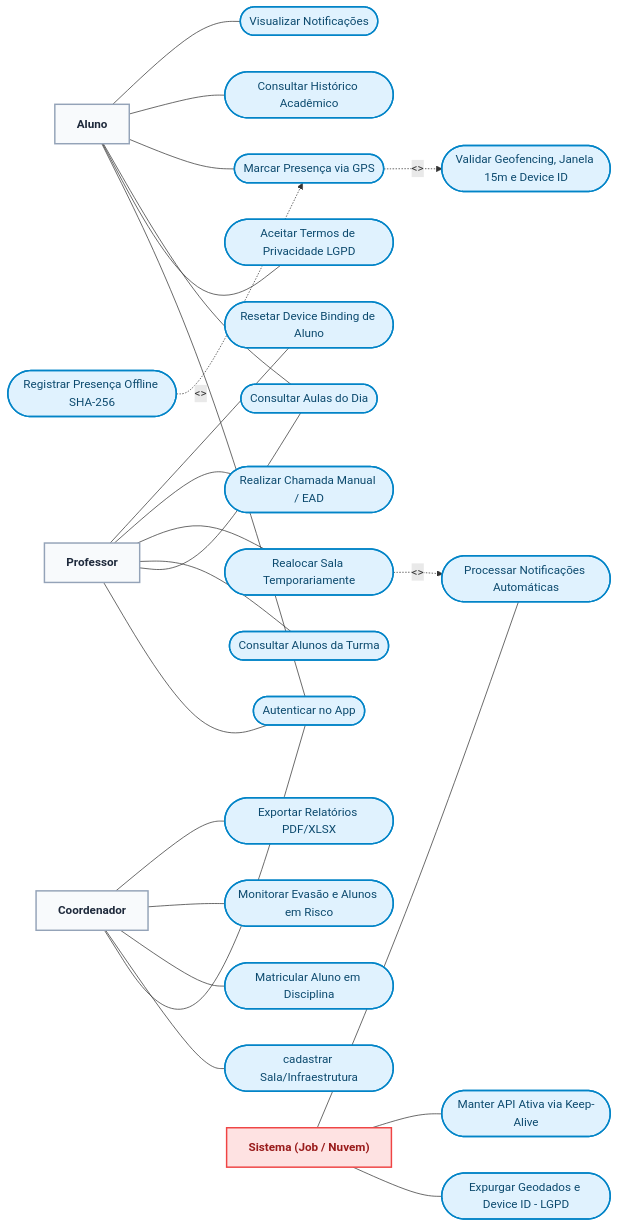
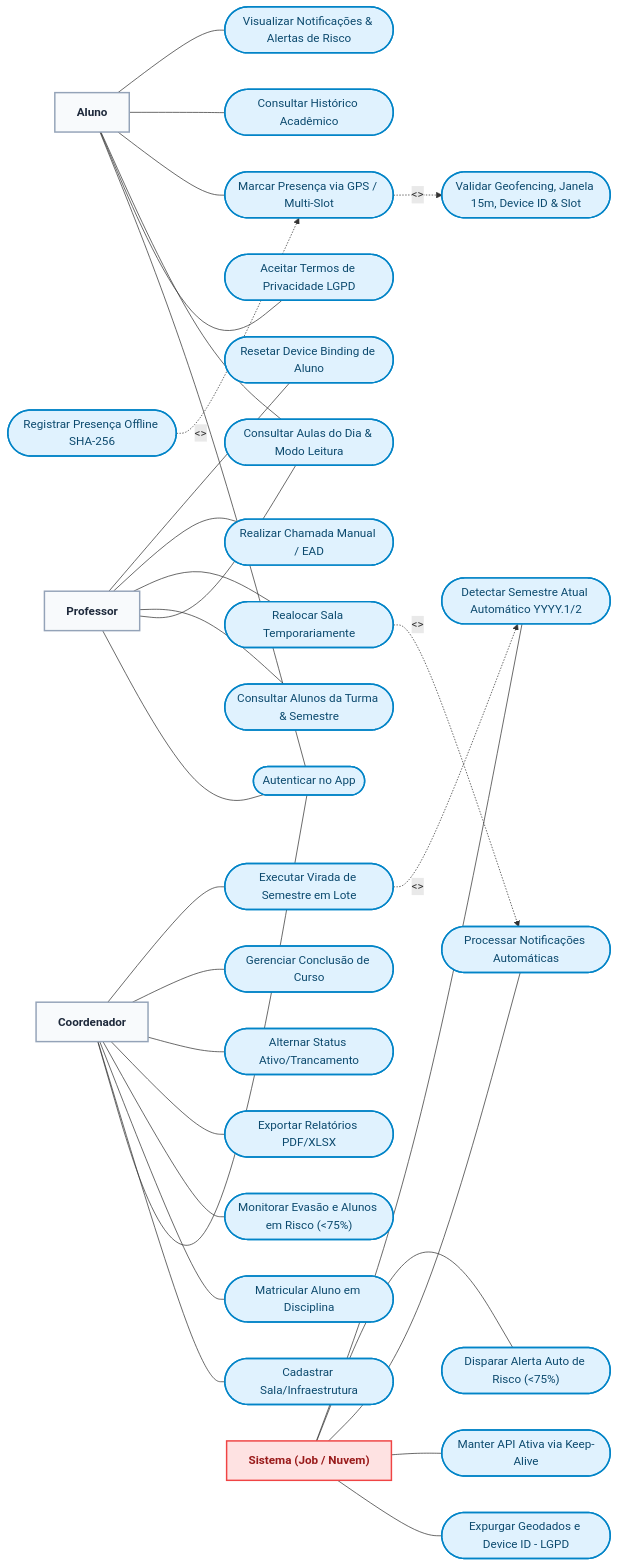
The diagram in documentacao/diagramas/casos_de_uso.md (caneschi-lais/geoclass), drawn with Mermaid before and after one commit. The commit also changed other lines of this file and 23 other files, not shown here.

Commit message:
feat: add support for academic semesters, multi-course tracking, and slot-based attendance

````diff
--- a/documentacao/diagramas/casos_de_uso.md
+++ b/documentacao/diagramas/casos_de_uso.md
@@ -11,41 +11,47 @@
 ```mermaid
 ---
 config:
   layout: fixed
 ---
 flowchart LR
-    Aluno["Aluno"] --- Login(["Autenticar no App"]) & AceitarLGPD(["Aceitar Termos de Privacidade LGPD"]) & ViewTurmas(["Consultar Aulas do Dia"]) & RegistrarPonto(["Marcar Presença via GPS"]) & ViewHistorico(["Consultar Histórico Acadêmico"]) & ViewNotif(["Visualizar Notificações"])
-    Prof["Professor"] --- Login & ViewTurmas & ViewAlunosTurma(["Consultar Alunos da Turma"]) & RealocarSala(["Realocar Sala Temporariamente"]) & ChamadaManual(["Realizar Chamada Manual / EAD"]) & ResetDevice(["Resetar Device Binding de Aluno"])
-    Coord["Coordenador"] --- Login & CadastrarSala(["cadastrar Sala/Infraestrutura"]) & MatricularAluno(["Matricular Aluno em Disciplina"]) & ViewDashboardRisk(["Monitorar Evasão e Alunos em Risco"]) & GerarRelatorio(["Exportar Relatórios PDF/XLSX"])
-    Sistema["Sistema (Job / Nuvem)"] --- Expurgo(["Expurgar Geodados e Device ID - LGPD"]) & KeepAlive(["Manter API Ativa via Keep-Alive"]) & NotifJob(["Processar Notificações Automáticas"])
-    RegistrarPonto -. &lt;&gt; .-> ValidarAntiFraude(["Validar Geofencing, Janela 15m e Device ID"])
+    Aluno["Aluno"] --- Login(["Autenticar no App"]) & AceitarLGPD(["Aceitar Termos de Privacidade LGPD"]) & ViewTurmas(["Consultar Aulas do Dia & Modo Leitura"]) & RegistrarPonto(["Marcar Presença via GPS / Multi-Slot"]) & ViewHistorico(["Consultar Histórico Acadêmico"]) & ViewNotif(["Visualizar Notificações & Alertas de Risco"])
+    Prof["Professor"] --- Login & ViewTurmas & ViewAlunosTurma(["Consultar Alunos da Turma & Semestre"]) & RealocarSala(["Realocar Sala Temporariamente"]) & ChamadaManual(["Realizar Chamada Manual / EAD"]) & ResetDevice(["Resetar Device Binding de Aluno"])
+    Coord["Coordenador"] --- Login & CadastrarSala(["Cadastrar Sala/Infraestrutura"]) & MatricularAluno(["Matricular Aluno em Disciplina"]) & ViewDashboardRisk(["Monitorar Evasão e Alunos em Risco (<75%)"]) & GerarRelatorio(["Exportar Relatórios PDF/XLSX"]) & ToggleStatus(["Alternar Status Ativo/Trancamento"]) & ToggleConclusao(["Gerenciar Conclusão de Curso"]) & ViradaSemestre(["Executar Virada de Semestre em Lote"])
+    Sistema["Sistema (Job / Nuvem)"] --- Expurgo(["Expurgar Geodados e Device ID - LGPD"]) & KeepAlive(["Manter API Ativa via Keep-Alive"]) & NotifJob(["Processar Notificações Automáticas"]) & RiskNotification(["Disparar Alerta Auto de Risco (<75%)"]) & DetectSemestre(["Detectar Semestre Atual Automático YYYY.1/2"])
+    RegistrarPonto -. &lt;&gt; .-> ValidarAntiFraude(["Validar Geofencing, Janela 15m, Device ID & Slot"])
     RegistrarOffline(["Registrar Presença Offline SHA-256"]) -. &lt;&gt; .-> RegistrarPonto
     RealocarSala -. &lt;&gt; .-> NotifJob
+    ViradaSemestre -. &lt;&gt; .-> DetectSemestre
 
      Aluno:::actor
      Login:::usecase
      AceitarLGPD:::usecase
      ViewTurmas:::usecase
      RegistrarPonto:::usecase
      ViewHistorico:::usecase
      ViewNotif:::usecase
      Prof:::actor
      ViewAlunosTurma:::usecase
      RealocarSala:::usecase
      ChamadaManual:::usecase
      ResetDevice:::usecase
      Coord:::actor
      CadastrarSala:::usecase
      MatricularAluno:::usecase
      ViewDashboardRisk:::usecase
      GerarRelatorio:::usecase
+     ToggleStatus:::usecase
+     ToggleConclusao:::usecase
+     ViradaSemestre:::usecase
      Sistema:::systemActor
      Expurgo:::usecase
      KeepAlive:::usecase
      NotifJob:::usecase
+     RiskNotification:::usecase
+     DetectSemestre:::usecase
      ValidarAntiFraude:::usecase
      RegistrarOffline:::usecase
     classDef actor fill:#f8fafc,stroke:#94a3b8,stroke-width:2px,font-weight:bold,color:#1e293b
     classDef systemActor fill:#fee2e2,stroke:#ef4444,stroke-width:2px,font-weight:bold,color:#991b1b
     classDef usecase fill:#e0f2fe,stroke:#0284c7,stroke-width:2px,color:#0c4a6e
 ```
````
